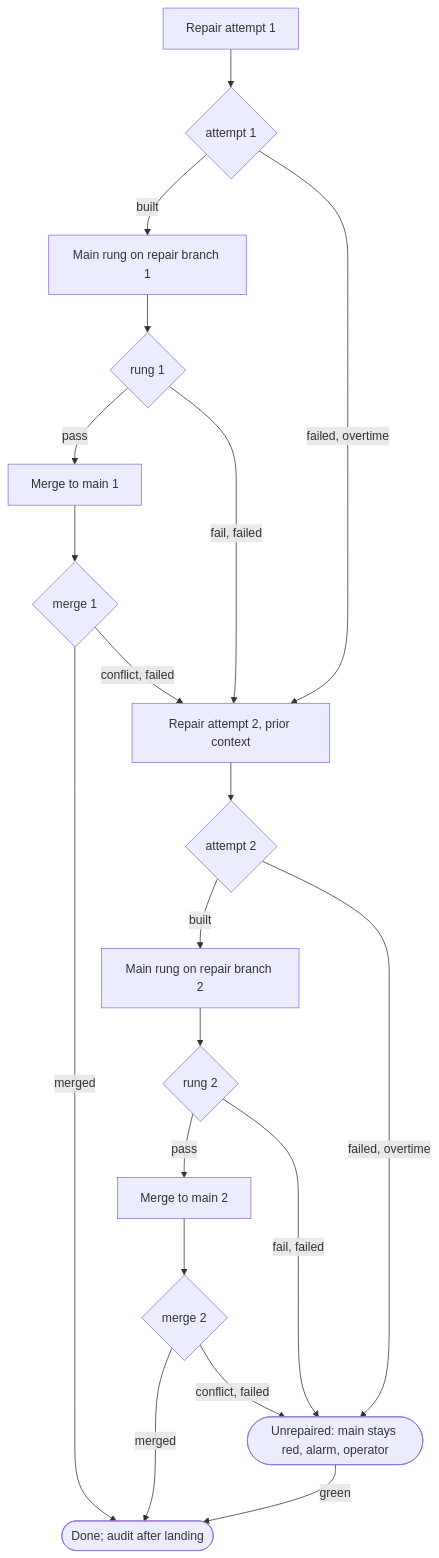
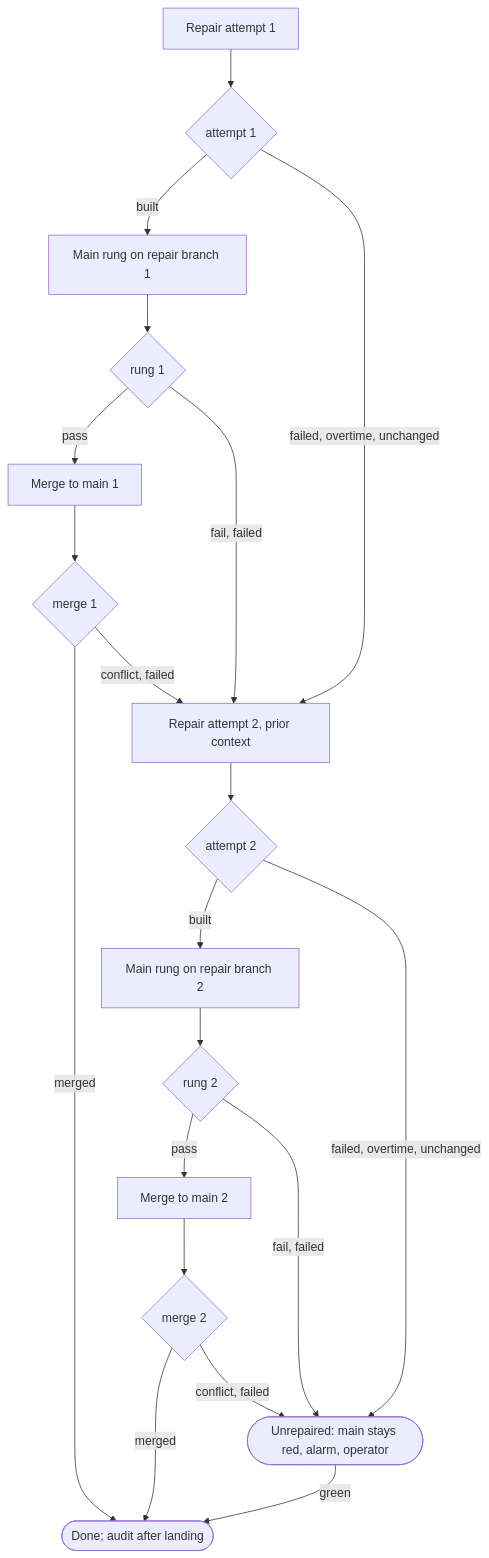
Before and after one commit to ianzepp/vivi: the diagram in flows/repair.mmd, drawn with Mermaid. The commit also changed 4 other files, not shown here.

First line of the commit message:
N6c-13: F2.7: the repairer collector answers unchanged for an empty attempt, routed like failed

```diff
--- a/flows/repair.mmd
+++ b/flows/repair.mmd
@@ -1,20 +1,20 @@
 flowchart TD
   fix1[Repair attempt 1]:::repairer --> a1{attempt 1}
   a1 -->|built| rung1[Main rung on repair branch 1]:::rung-main
-  a1 -->|failed, overtime| fix2
+  a1 -->|failed, overtime, unchanged| fix2
   rung1 --> r1{rung 1}
   r1 -->|pass| merge1[Merge to main 1]:::merge-main
   r1 -->|fail, failed| fix2
   merge1 --> m1{merge 1}
   m1 -->|merged| done([Done; audit after landing])
   m1 -->|conflict, failed| fix2
   fix2[Repair attempt 2, prior context]:::repairer --> a2{attempt 2}
   a2 -->|built| rung2[Main rung on repair branch 2]:::rung-main
-  a2 -->|failed, overtime| unrepaired
+  a2 -->|failed, overtime, unchanged| unrepaired
   rung2 --> r2{rung 2}
   r2 -->|pass| merge2[Merge to main 2]:::merge-main
   r2 -->|fail, failed| unrepaired
   merge2 --> m2{merge 2}
   m2 -->|merged| done
   m2 -->|conflict, failed| unrepaired
   unrepaired([Unrepaired: main stays red, alarm, operator]):::lock -->|green| done
```
